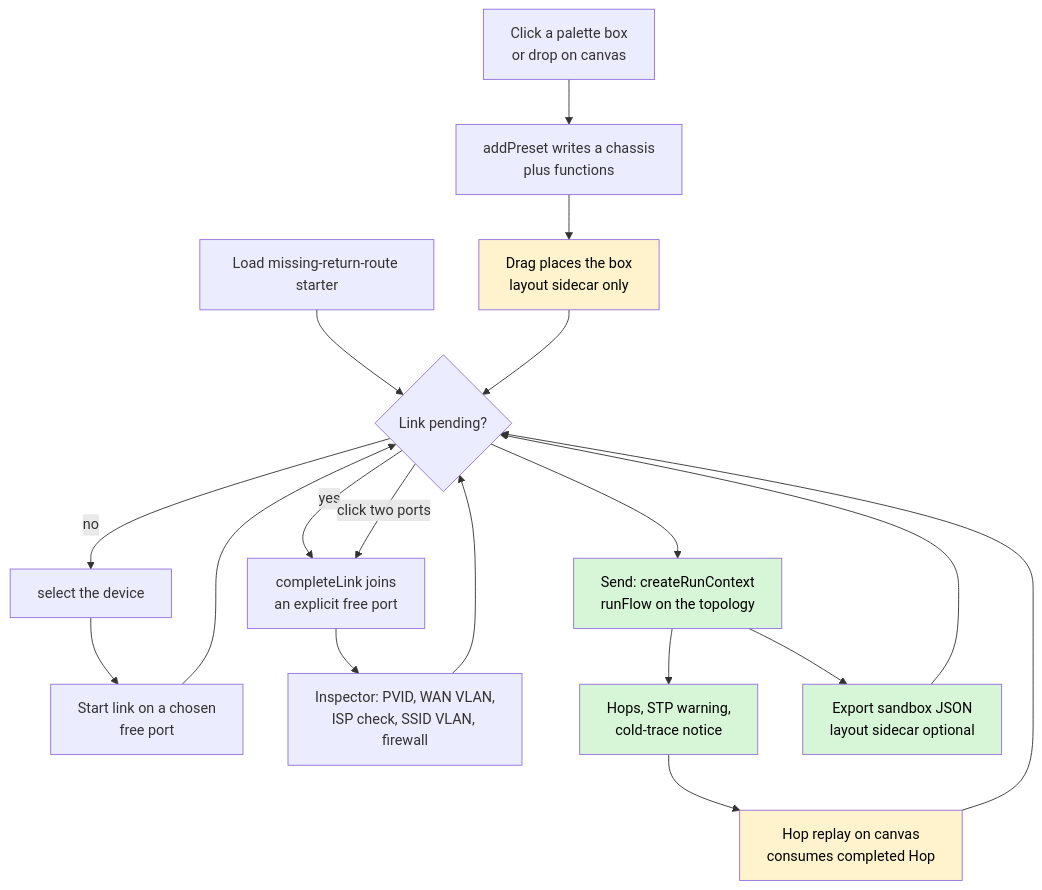
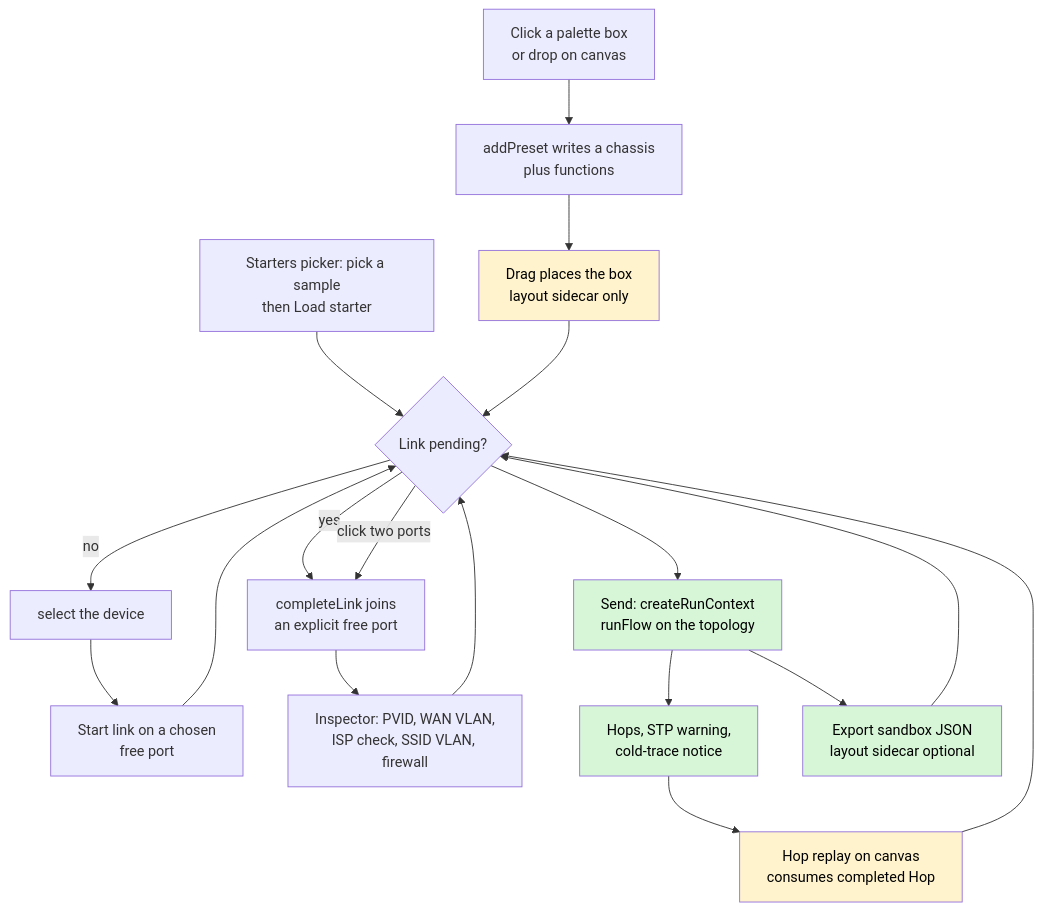
One commit to alanfong93/network-sandbox changed the third of 5 diagrams in docs/system_flow.md. Above: the diagram before and after it, drawn with Mermaid. The commit also changed other lines of this file and 8 other files, not shown here.

First line of the commit message:
feat: home-network starter and a Starters picker (#165)

````diff
--- a/docs/system_flow.md
+++ b/docs/system_flow.md
@@ -152,25 +155,25 @@
 ```mermaid
 flowchart TD
     PA[Click a palette box<br>or drop on canvas] --> AP[addPreset writes a chassis<br>plus functions]
-    STT[Load missing-return-route starter] --> SE
+    STT[Starters picker: pick a sample<br>then Load starter] --> SE
     AP --> DR[Drag places the box<br>layout sidecar only]
     DR --> SE{Link pending?}
     SE -->|yes| CL[completeLink joins<br>an explicit free port]
     SE -->|click two ports| CL
     SE -->|no| SL[select the device]
     SL --> ST[Start link on a chosen<br>free port]
     ST --> SE
     CL --> IN[Inspector: PVID, WAN VLAN,<br>ISP check, SSID VLAN, firewall]
     IN --> SE
     SE --> SD[Send: createRunContext<br>runFlow on the topology]
     SD --> HO[Hops, STP warning,<br>cold-trace notice]
     HO --> RP[Hop replay on canvas<br>consumes completed Hop]
     RP --> SE
     SD --> EX[Export sandbox JSON<br>layout sidecar optional]
     EX --> SE
     style SD fill:#d7f5d7,color:#000
     style HO fill:#d7f5d7,color:#000
     style EX fill:#d7f5d7,color:#000
     style RP fill:#fff3cd,color:#000
     style DR fill:#fff3cd,color:#000
 ```
````
